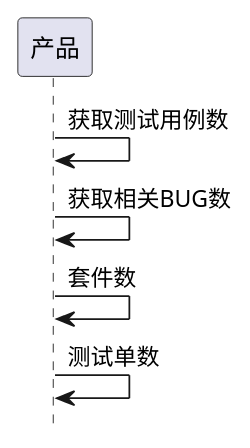
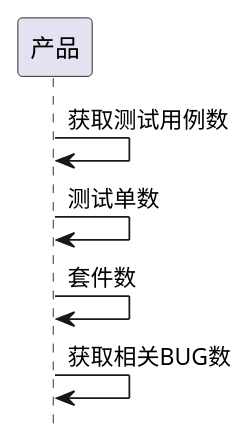
The fourth of 7 diagrams in ibizpms-docs/src/main/doc/v1/module/zentao/Product_old.md (zj335841911/nt_chandao), drawn with PlantUML before and after one commit. The commit also changed other lines of this file and 2125 other files, not shown here.

```diff
--- a/ibizpms-docs/src/main/doc/v1/module/zentao/Product_old.md
+++ b/ibizpms-docs/src/main/doc/v1/module/zentao/Product_old.md
@@ -221,8 +221,8 @@
 {% plantuml %}
 hide footbox
 
 产品 -> 产品: 获取测试用例数
+产品 -> 产品: 测试单数
+产品 -> 产品: 套件数
 产品 -> 产品: 获取相关BUG数
-产品 -> 产品: 套件数
-产品 -> 产品: 测试单数
 {% endplantuml %}
```
